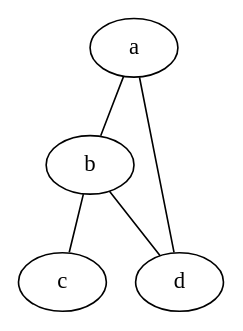
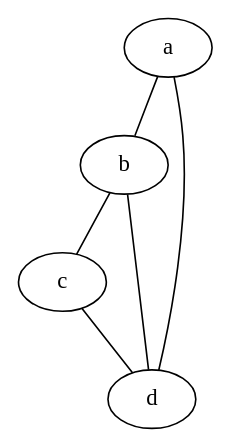
One commit to gitter-badger/note changed the diagram in readtheorg.org. Above: the diagram before and after it, drawn with Graphviz. The commit also changed 3 other files, not shown here.

```diff
--- a/readtheorg.org
+++ b/readtheorg.org
@@ -248,8 +248,9 @@
 #+BEGIN_SRC dot :file images/simple-graph.png
 graph graphname { 
     a -- b; 
     b -- c;
     b -- d;
     d -- a;
+    c -- d;
 }
 #+END_SRC
```
